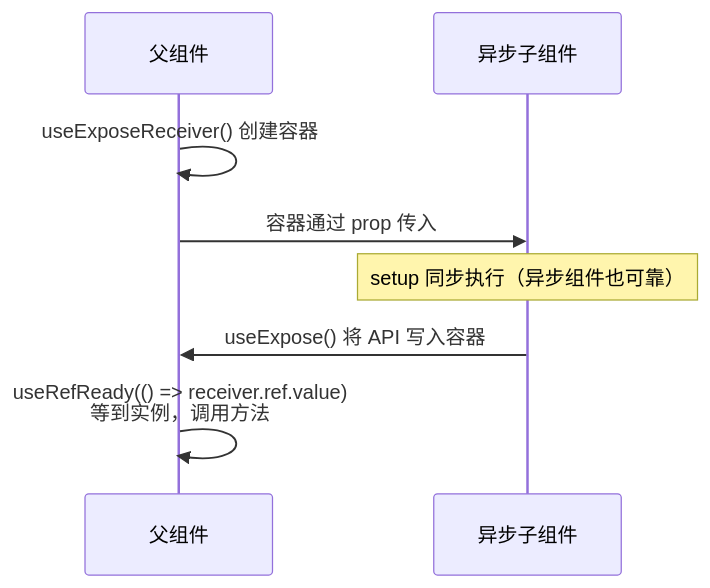
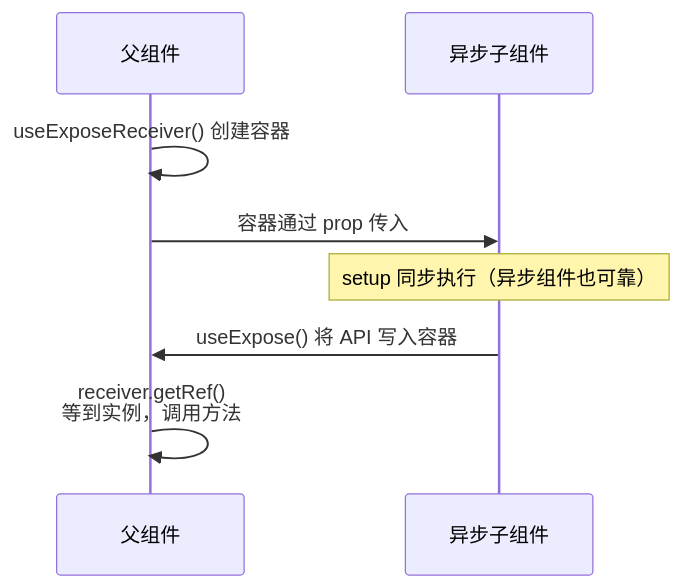
The third of 4 diagrams in docs/blog/mp-async-component-lifecycle.md (Vanisper/uniapp-template), drawn with Mermaid before and after one commit. The commit also changed other lines of this file and 2 other files, not shown here.

Commit message:
docs(composables): 更新 expose receiver 用法

````diff
--- a/docs/blog/mp-async-component-lifecycle.md
+++ b/docs/blog/mp-async-component-lifecycle.md
@@ -164,10 +164,10 @@
 ```mermaid
 sequenceDiagram
     participant P as 父组件
     participant C as 异步子组件
     P->>P: useExposeReceiver() 创建容器
     P->>C: 容器通过 prop 传入
     Note over C: setup 同步执行（异步组件也可靠）
     C->>P: useExpose() 将 API 写入容器
-    P->>P: useRefReady(() => receiver.ref.value)<br/>等到实例，调用方法
+    P->>P: receiver.getRef()<br/>等到实例，调用方法
 ```
````
